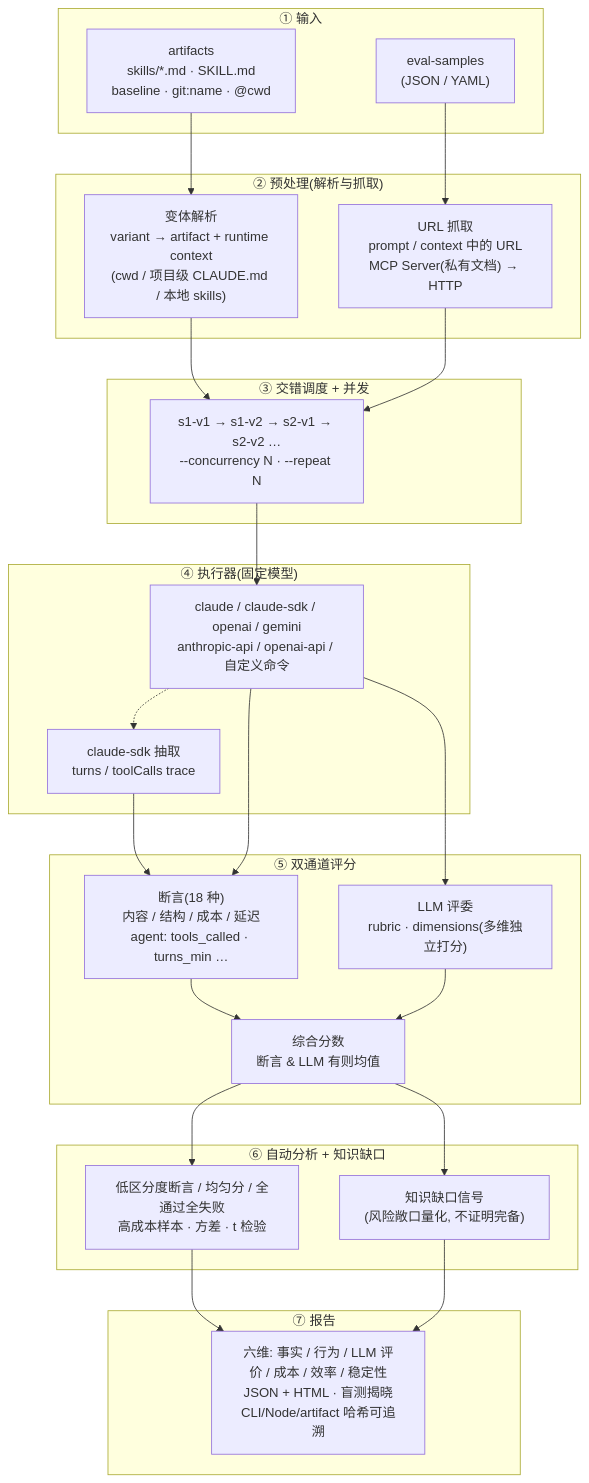
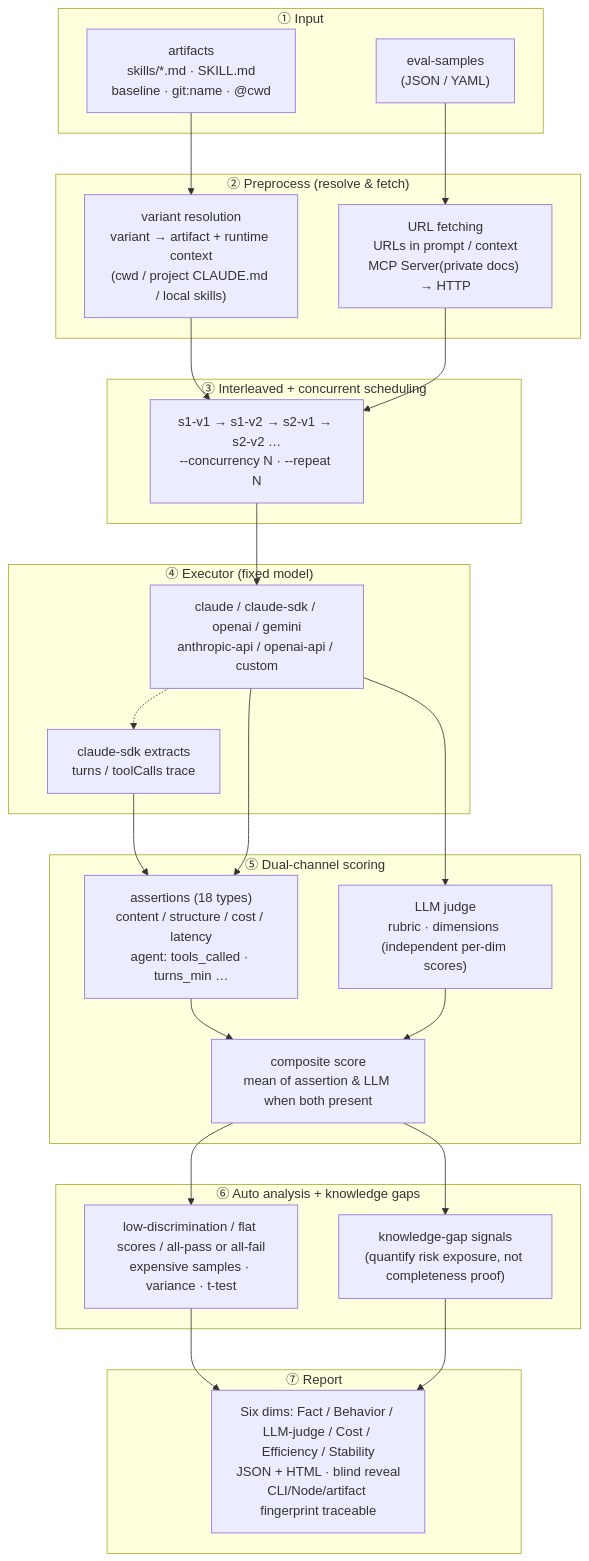
One commit to lizhiyao/oh-my-knowledge changed the diagram in README.md. Above: the diagram before and after it, drawn with Mermaid. The commit also changed other lines of this file and 1 other file, not shown here.

````diff
--- a/README.md
+++ b/README.md
@@ -69,52 +71,52 @@
 ```mermaid
 flowchart TD
-    subgraph Input["① 输入"]
+    subgraph Input["① Input"]
         S["eval-samples<br/>(JSON / YAML)"]
         A["artifacts<br/>skills/*.md · SKILL.md<br/>baseline · git:name · @cwd"]
     end
 
-    subgraph Prep["② 预处理(解析与抓取)"]
-        V["变体解析<br/>variant → artifact + runtime context<br/>(cwd / 项目级 CLAUDE.md / 本地 skills)"]
-        U["URL 抓取<br/>prompt / context 中的 URL<br/>MCP Server(私有文档) → HTTP"]
+    subgraph Prep["② Preprocess (resolve & fetch)"]
+        V["variant resolution<br/>variant → artifact + runtime context<br/>(cwd / project CLAUDE.md / local skills)"]
+        U["URL fetching<br/>URLs in prompt / context<br/>MCP Server(private docs) → HTTP"]
     end
 
-    subgraph Schedule["③ 交错调度 + 并发"]
+    subgraph Schedule["③ Interleaved + concurrent scheduling"]
         Q["s1-v1 → s1-v2 → s2-v1 → s2-v2 …<br/>--concurrency N · --repeat N"]
     end
 
-    subgraph Exec["④ 执行器(固定模型)"]
-        E["claude / claude-sdk / openai / gemini<br/>anthropic-api / openai-api / 自定义命令"]
-        T["claude-sdk 抽取<br/>turns / toolCalls trace"]
+    subgraph Exec["④ Executor (fixed model)"]
+        E["claude / claude-sdk / openai / gemini<br/>anthropic-api / openai-api / custom"]
+        T["claude-sdk extracts<br/>turns / toolCalls trace"]
         E -.-> T
     end
 
-    subgraph Score["⑤ 双通道评分"]
-        AS["断言(18 种)<br/>内容 / 结构 / 成本 / 延迟<br/>agent: tools_called · turns_min …"]
-        LS["LLM 评委<br/>rubric · dimensions(多维独立打分)"]
-        CS["综合分数<br/>断言 & LLM 有则均值"]
+    subgraph Score["⑤ Dual-channel scoring"]
+        AS["assertions (18 types)<br/>content / structure / cost / latency<br/>agent: tools_called · turns_min …"]
+        LS["LLM judge<br/>rubric · dimensions (independent per-dim scores)"]
+        CS["composite score<br/>mean of assertion & LLM when both present"]
         AS --> CS
         LS --> CS
     end
 
-    subgraph Analyze["⑥ 自动分析 + 知识缺口"]
-        D["低区分度断言 / 均匀分 / 全通过全失败<br/>高成本样本 · 方差 · t 检验"]
-        G["知识缺口信号<br/>(风险敞口量化, 不证明完备)"]
+    subgraph Analyze["⑥ Auto analysis + knowledge gaps"]
+        D["low-discrimination / flat scores / all-pass or all-fail<br/>expensive samples · variance · t-test"]
+        G["knowledge-gap signals<br/>(quantify risk exposure, not completeness proof)"]
     end
 
-    subgraph Report["⑦ 报告"]
-        R["六维: 事实 / 行为 / LLM 评价 / 成本 / 效率 / 稳定性<br/>JSON + HTML · 盲测揭晓<br/>CLI/Node/artifact 哈希可追溯"]
+    subgraph Report["⑦ Report"]
+        R["Six dims: Fact / Behavior / LLM-judge / Cost / Efficiency / Stability<br/>JSON + HTML · blind reveal<br/>CLI/Node/artifact fingerprint traceable"]
     end
 
     S --> U
     A --> V
     V --> Q
     U --> Q
     Q --> E
     T --> AS
     E --> AS
     E --> LS
     CS --> D
     CS --> G
     D --> R
     G --> R
 ```
````
